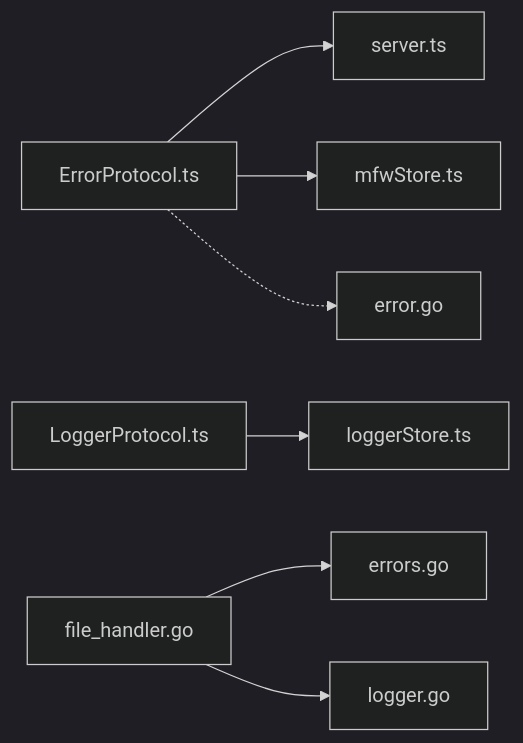
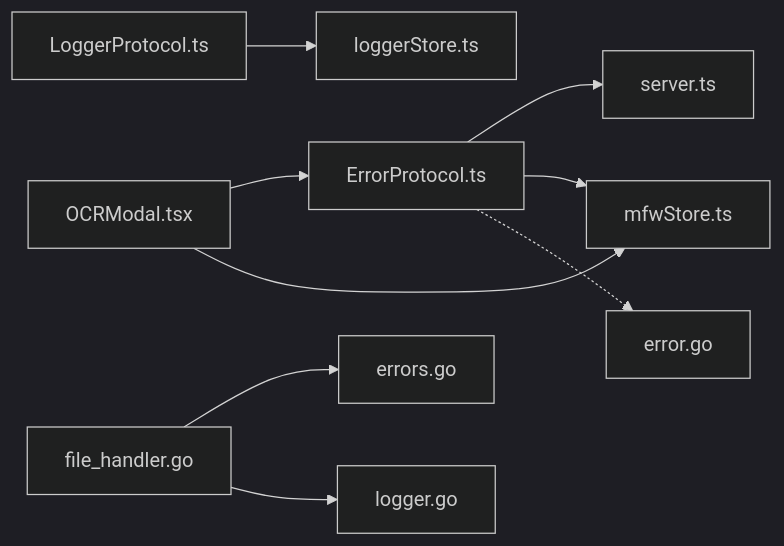
The fourth of 4 diagrams in .qoder/repowiki/zh/content/核心概念/通信协议/错误协议.md (kqcoxn/MaaPipelineEditor), drawn with Mermaid (dark theme) before and after one commit. The commit also changed other lines of this file and 50 other files, not shown here.

````diff
--- a/.qoder/repowiki/zh/content/核心概念/通信协议/错误协议.md
+++ b/.qoder/repowiki/zh/content/核心概念/通信协议/错误协议.md
@@ -245,9 +294,11 @@
 ```mermaid
 graph LR
 EP["ErrorProtocol.ts"] --> SP["server.ts"]
 EP --> MS["mfwStore.ts"]
 LP["LoggerProtocol.ts"] --> LS["loggerStore.ts"]
 FH["file_handler.go"] --> EGO["errors.go"]
 FH --> LG["logger.go"]
 EP -.-> EGM["error.go"]
+OM["OCRModal.tsx"] --> EP
+OM --> MS
 ```
````
